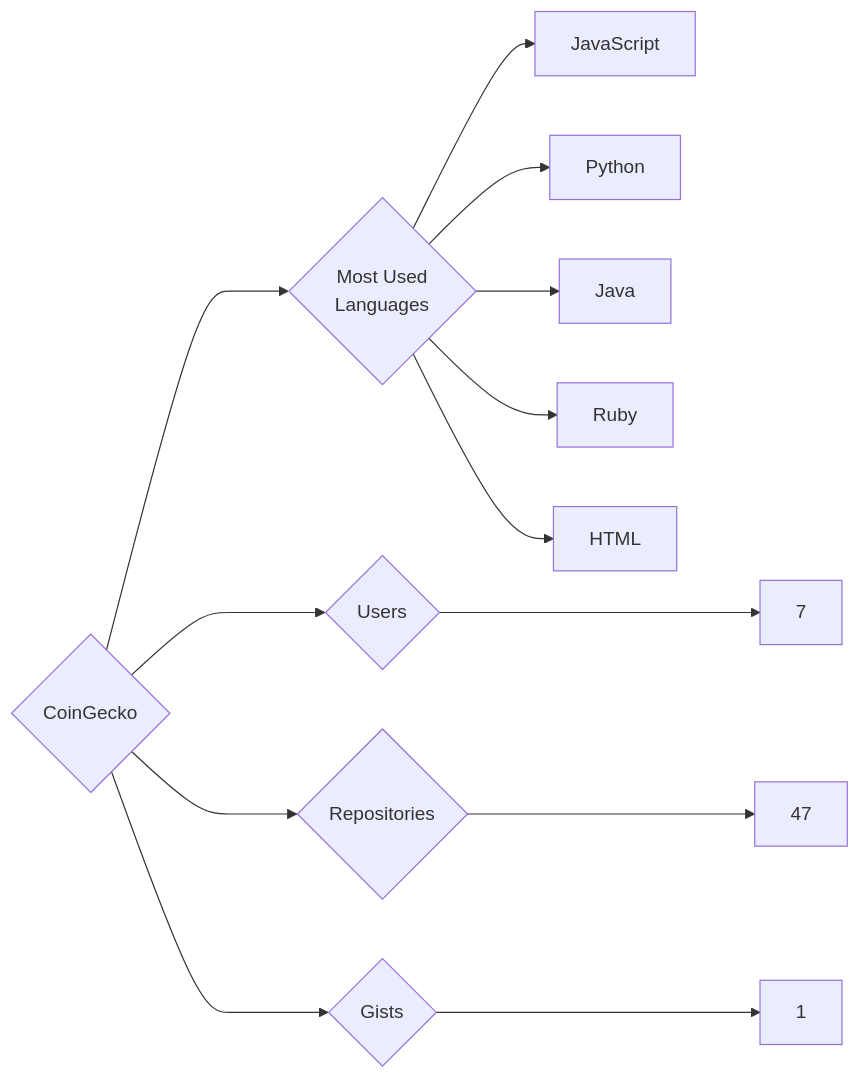
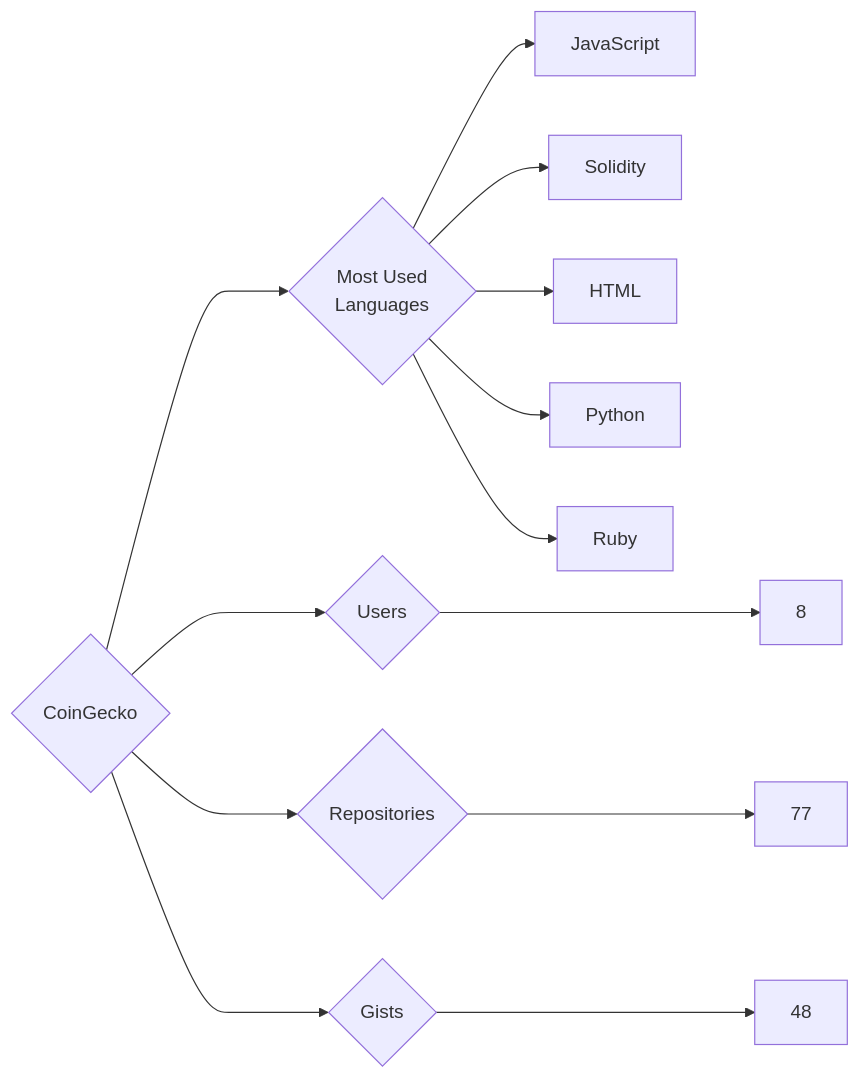
Before and after one commit to trickest/insiders: the diagram in targets/CoinGecko/README.md, drawn with Mermaid. The commit also changed 880 other files, not shown here.

````diff
--- a/targets/CoinGecko/README.md
+++ b/targets/CoinGecko/README.md
@@ -3,13 +3,13 @@
 ```mermaid
 graph LR
 COMPANY_NAME{CoinGecko}
-COMPANY_NAME ---> U{Users} ---> UN[7]
-COMPANY_NAME ---> R{Repositories} ---> RN[47]
-COMPANY_NAME ---> G{Gists} ---> GN[1]
+COMPANY_NAME ---> U{Users} ---> UN[8]
+COMPANY_NAME ---> R{Repositories} ---> RN[77]
+COMPANY_NAME ---> G{Gists} ---> GN[48]
 COMPANY_NAME ---> ML{Most Used<br>Languages}
 ML --> JavaScript[JavaScript]
+ML --> Solidity[Solidity]
+ML --> HTML[HTML]
 ML --> Python[Python]
-ML --> Java[Java]
 ML --> Ruby[Ruby]
-ML --> HTML[HTML]
 ```
````
